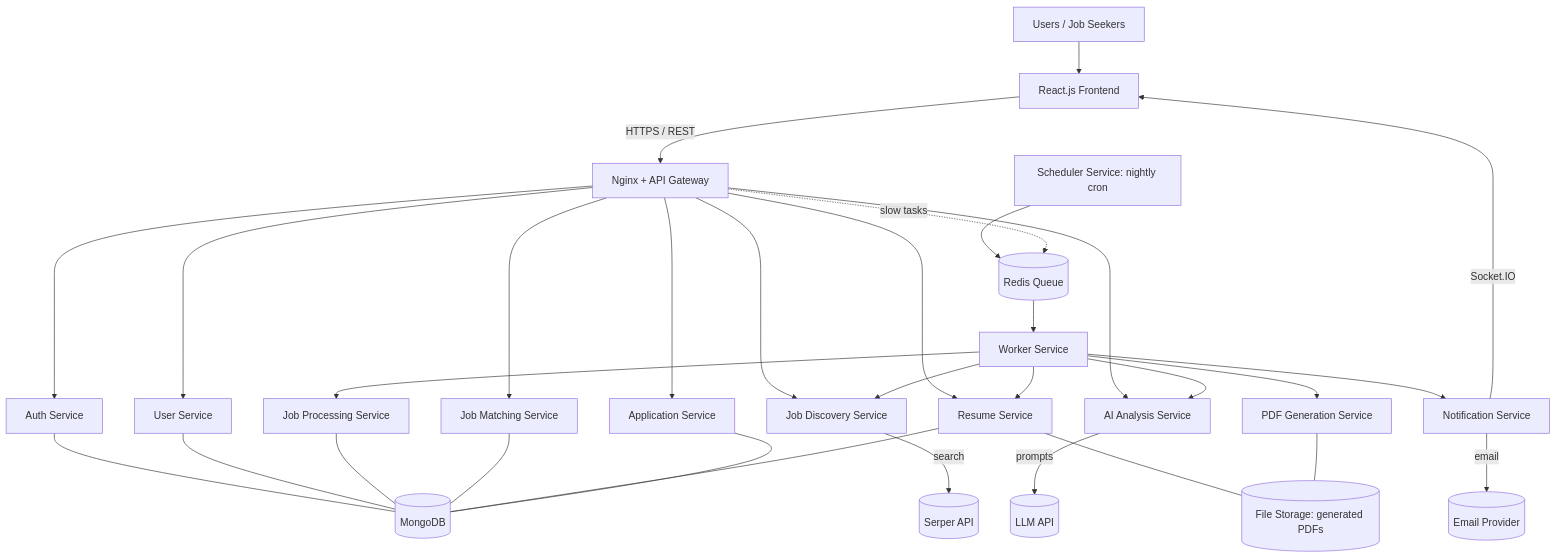
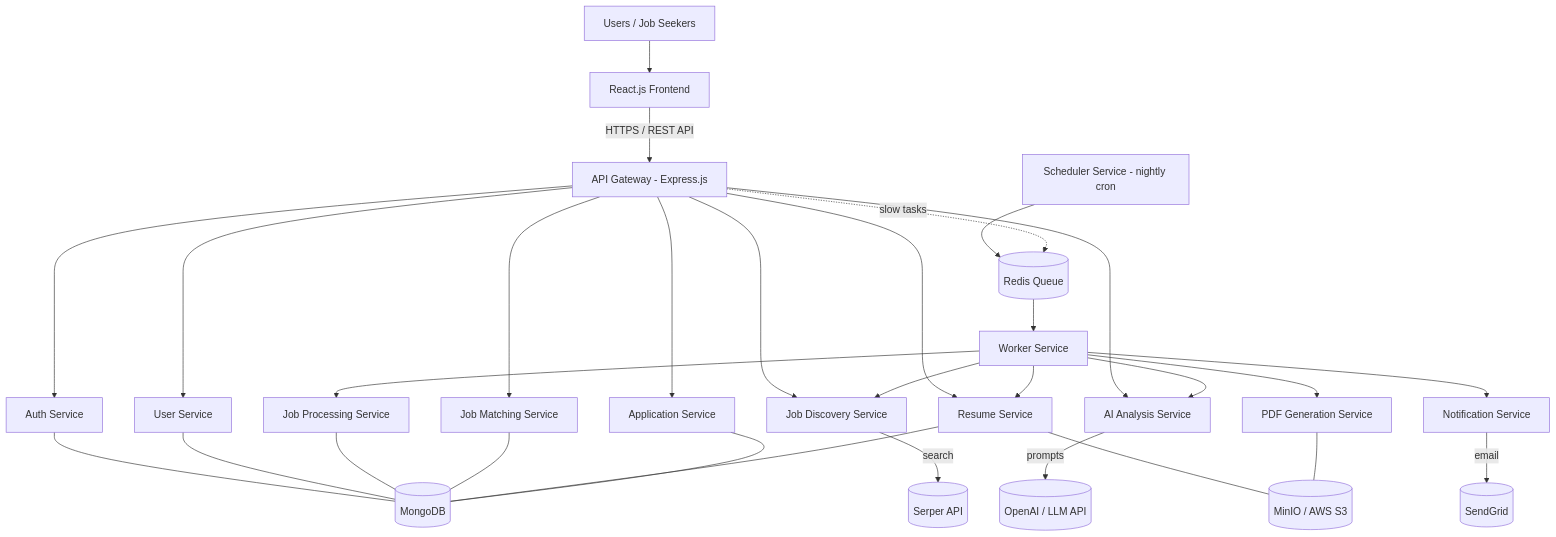
One commit to rudranilbanerjee/job-automation-tool changed the diagram in README.md. Above: the diagram before and after it, drawn with Mermaid. The commit also changed other lines of this file, not shown here.

First line of the commit message:
Limit README tech stack to the spec and architecture diagram

````diff
--- a/README.md
+++ b/README.md
@@ -76,39 +80,37 @@
 ```mermaid
 flowchart TD
     U[Users / Job Seekers] --> FE[React.js Frontend]
-    FE -->|HTTPS / REST| NG[Nginx + API Gateway]
+    FE -->|HTTPS / REST API| GW[API Gateway - Express.js]
 
-    NG --> AUTH[Auth Service]
-    NG --> USER[User Service]
-    NG --> DISC[Job Discovery Service]
-    NG --> AI[AI Analysis Service]
-    NG --> MATCH[Job Matching Service]
-    NG --> RES[Resume Service]
-    NG --> APP[Application Service]
+    GW --> AUTH[Auth Service]
+    GW --> USER[User Service]
+    GW --> DISC[Job Discovery Service]
+    GW --> AI[AI Analysis Service]
+    GW --> MATCH[Job Matching Service]
+    GW --> RES[Resume Service]
+    GW --> APP[Application Service]
 
     DISC -->|search| SERPER[(Serper API)]
-    AI -->|prompts| LLM[(LLM API)]
-    NOTIF[Notification Service] -->|email| MAIL[(Email Provider)]
+    AI -->|prompts| LLM[(OpenAI / LLM API)]
+    NOTIF[Notification Service] -->|email| MAIL[(SendGrid)]
 
     AUTH --- DB[(MongoDB)]
     USER --- DB
     PROC[Job Processing Service] --- DB
     MATCH --- DB
     RES --- DB
     APP --- DB
 
-    RES --- FS[(File Storage: generated PDFs)]
+    RES --- FS[(MinIO / AWS S3)]
     PDF[PDF Generation Service] --- FS
 
-    SCHED[Scheduler Service: nightly cron] --> QUEUE[(Redis Queue)]
-    NG -.->|slow tasks| QUEUE
+    SCHED[Scheduler Service - nightly cron] --> QUEUE[(Redis Queue)]
+    GW -.->|slow tasks| QUEUE
     QUEUE --> WORK[Worker Service]
     WORK --> DISC
     WORK --> PROC
     WORK --> AI
     WORK --> RES
     WORK --> PDF
     WORK --> NOTIF
-
-    NOTIF -->|Socket.IO| FE
 ```
````
